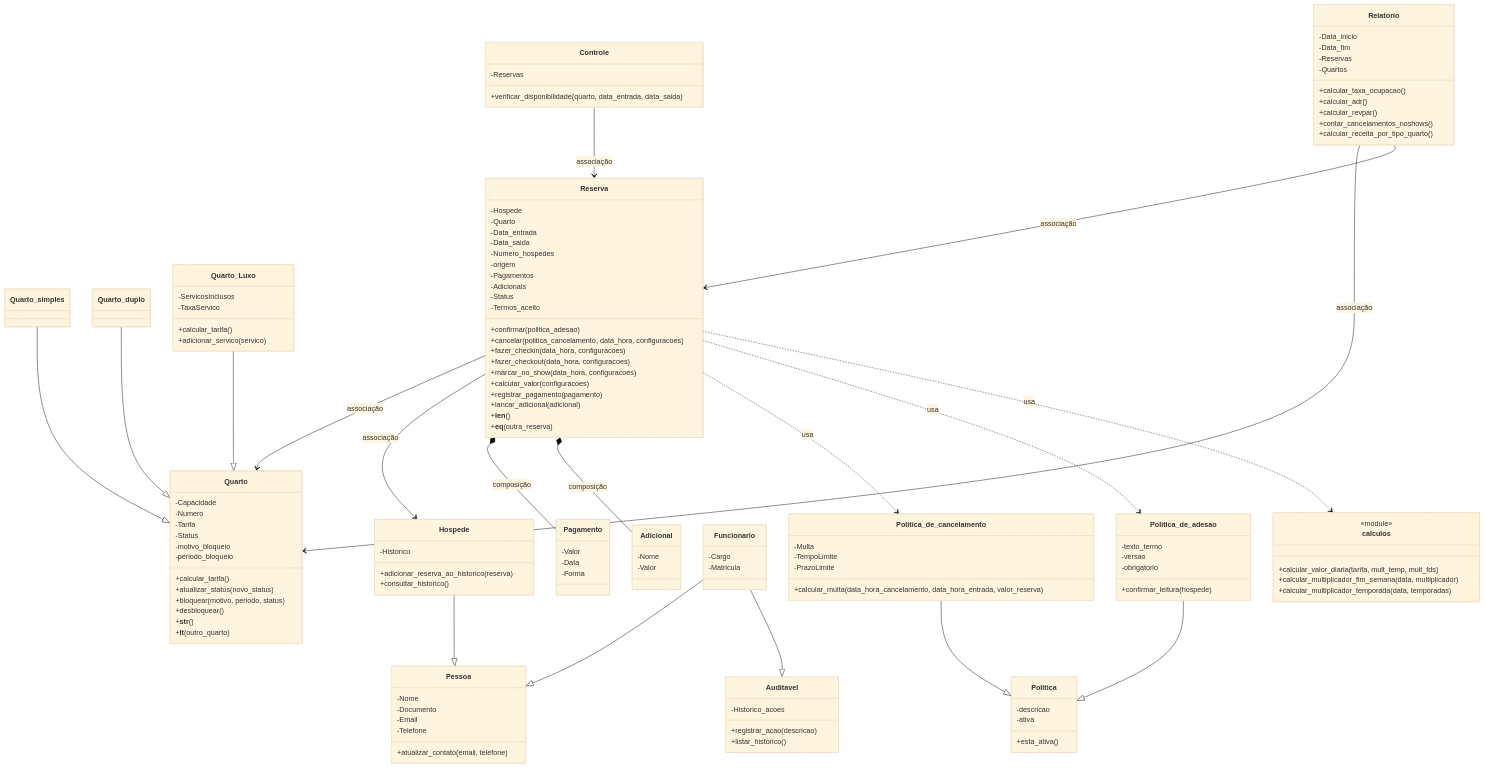
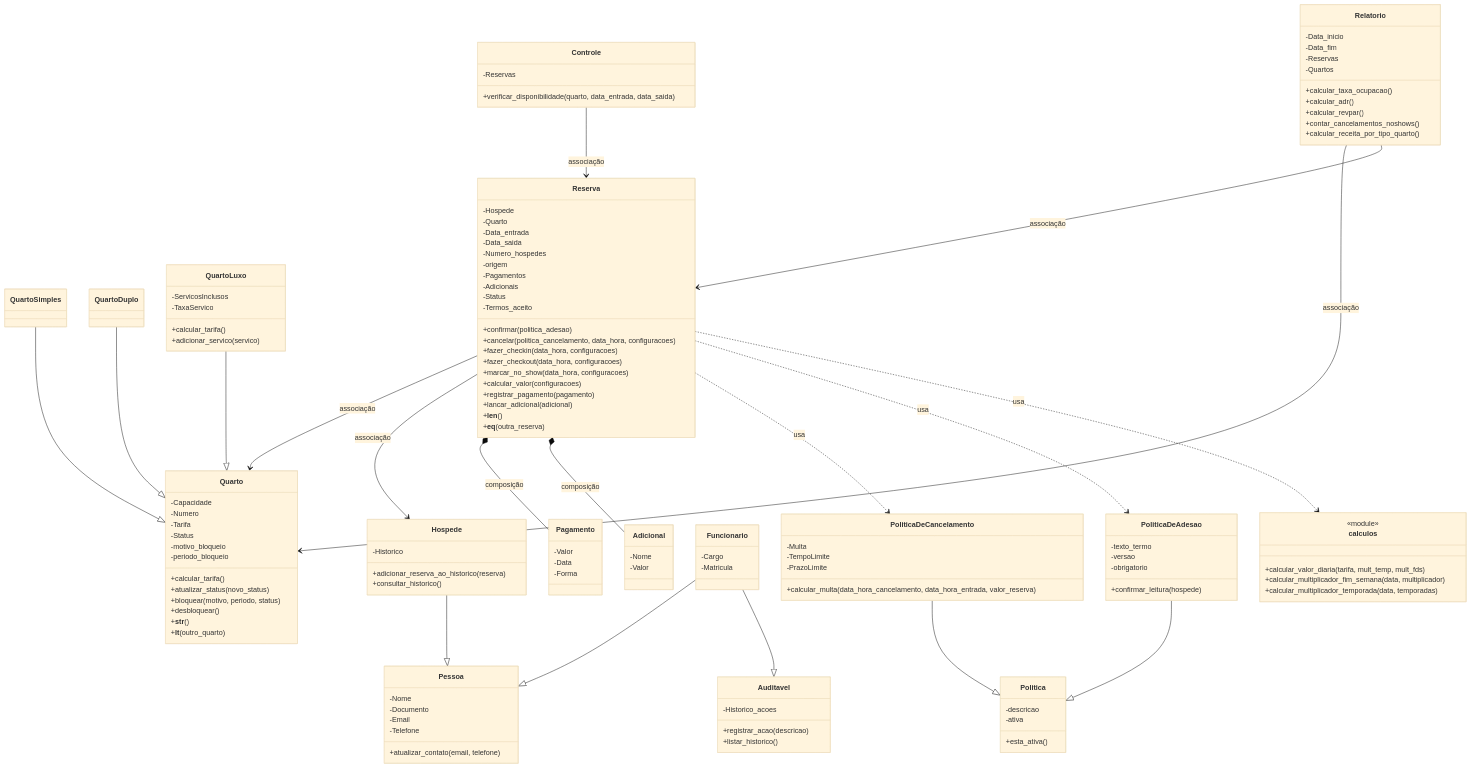
Before and after one commit to DaniloNuns/MiniProjetoPOO---SISTEMA-DE-RESERVAS-DE-HOTEL: the diagram in diagramas/UML.md, drawn with Mermaid (base theme). The commit also changed other lines of this file, not shown here.

Commit message:
Reorganizando o markdown do diagrama e fazendo mudanças na nomeclatura das classes

````diff
--- a/diagramas/UML.md
+++ b/diagramas/UML.md
@@ -210,13 +208,13 @@
         -ativa
         +esta_ativa()
     }
-    class Politica_de_cancelamento {
+    class PoliticaDeCancelamento {
         -Multa
         -TempoLimite
         -PrazoLimite
         +calcular_multa(data_hora_cancelamento, data_hora_entrada, valor_reserva)
     }
-    class Politica_de_adesao {
+    class PoliticaDeAdesao {
         -texto_termo
         -versao
         -obrigatorio
@@ -237,9 +235,9 @@
         +__str__()
         +__lt__(outro_quarto)
     }
-    class Quarto_simples
-    class Quarto_duplo
-    class Quarto_Luxo {
+    class QuartoSimples
+    class QuartoDuplo
+    class QuartoLuxo {
         -ServicosInclusos
         -TaxaServico
         +calcular_tarifa()
@@ -323,11 +321,11 @@
         +calcular_multiplicador_temporada(data, temporadas)
     }
 
-    Politica_de_cancelamento --|> Politica
-    Politica_de_adesao --|> Politica
-    Quarto_simples --|> Quarto
-    Quarto_duplo --|> Quarto
-    Quarto_Luxo --|> Quarto
+    PoliticaDeCancelamento --|> Politica
+    PoliticaDeAdesao --|> Politica
+    QuartoSimples --|> Quarto
+    QuartoDuplo --|> Quarto
+    QuartoLuxo --|> Quarto
     Hospede --|> Pessoa
     Funcionario --|> Pessoa
     Funcionario --|> Auditavel
@@ -341,7 +339,7 @@
     Reserva *-- Pagamento : composição
     Reserva *-- Adicional : composição
 
-    Reserva ..> Politica_de_cancelamento : usa
-    Reserva ..> Politica_de_adesao : usa
+    Reserva ..> PoliticaDeCancelamento : usa
+    Reserva ..> PoliticaDeAdesao : usa
     Reserva ..> calculos : usa
 ```
````
